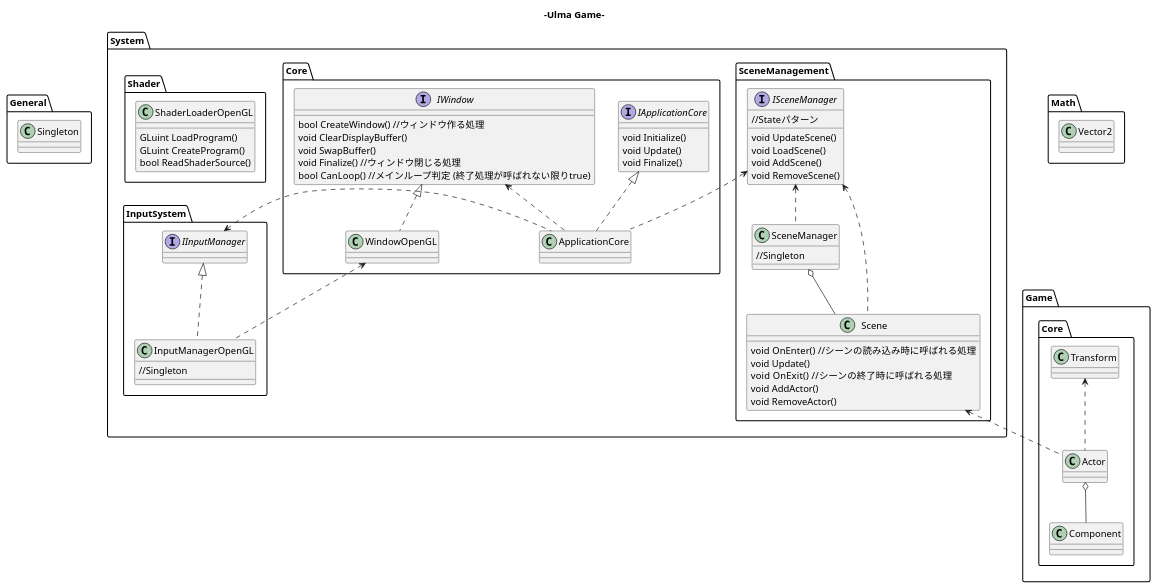
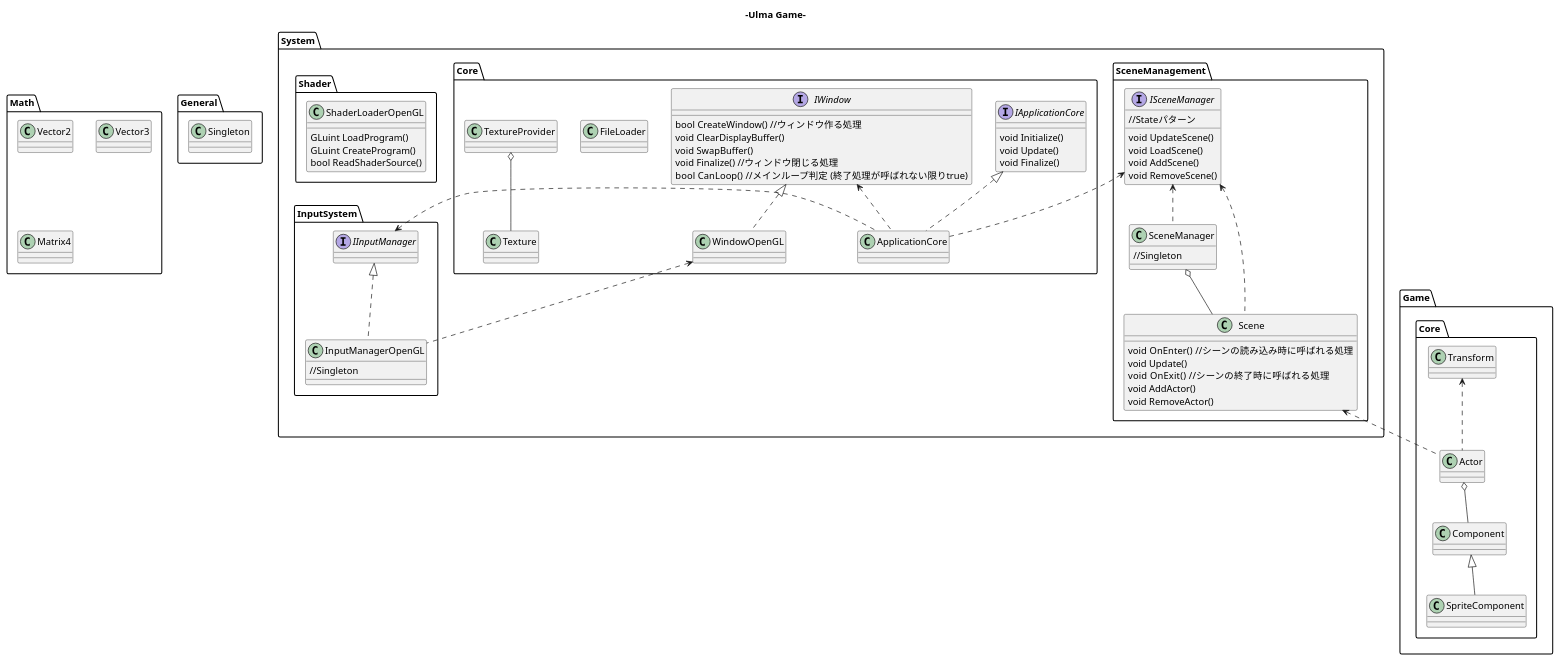
The diagram in Specification/uml/class_diagram.pu (Ulma-S/UlmaGame), drawn with PlantUML before and after one commit. The commit also changed 6 other files, not shown here.

```diff
--- a/Specification/uml/class_diagram.pu
+++ b/Specification/uml/class_diagram.pu
@@ -1,108 +1,129 @@
 @startuml
 title -Ulma Game-
 package General{
     class Singleton{
 
     }
 }
 
 package System{
     package Core{
         interface IWindow{
             bool CreateWindow() //ウィンドウ作る処理
             void ClearDisplayBuffer()
             void SwapBuffer()
             void Finalize() //ウィンドウ閉じる処理
             bool CanLoop()  //メインループ判定 (終了処理が呼ばれない限りtrue)
         }
 
         class WindowOpenGL{
         }
         IWindow <|.. WindowOpenGL
 
         interface IApplicationCore{
             void Initialize()
             void Update()
             void Finalize()
         }
 
         class ApplicationCore{
 
         }
         IApplicationCore <|.. ApplicationCore
         IWindow <.. ApplicationCore
+
+        class FileLoader{}
+
+        class Texture{}
+
+        class TextureProvider{}
+
+        TextureProvider o-- Texture
     }
 
     package SceneManagement{
         interface ISceneManager{
             //Stateパターン
             void UpdateScene()
             void LoadScene()
             void AddScene()
             void RemoveScene()
         }
 
         class SceneManager{
             //Singleton
         }
 
         class Scene{
             void OnEnter()  //シーンの読み込み時に呼ばれる処理
             void Update()
             void OnExit()   //シーンの終了時に呼ばれる処理
             void AddActor()
             void RemoveActor()
         }
         ISceneManager <.. SceneManager
         ISceneManager <.. Scene
         SceneManager o-- Scene
     }
     ISceneManager <.. ApplicationCore
 
     package InputSystem{
         interface IInputManager{
 
         }
 
         class InputManagerOpenGL{
             //Singleton
         }
         IInputManager <|.. InputManagerOpenGL
         WindowOpenGL <.. InputManagerOpenGL
         IInputManager <.. ApplicationCore
     }
 
     package Shader{
         class ShaderLoaderOpenGL{
             GLuint LoadProgram()
             GLuint CreateProgram()
             bool ReadShaderSource()
         }
     }
 }
 
 package Math{
     class Vector2{
 
     }
+
+    class Vector3{
+
+    }
+
+    class Matrix4{
+
+    }
 }
 
 package Game{
     package "Core " {
         class Actor{
 
         }
 
         class Component{
             
         }
 
         class Transform{
 
         }
         Transform <.. Actor
+
+        class SpriteComponent{
+
+        }
+        Component <|-- SpriteComponent
     }
 }
 Scene <.. Actor
 Actor o-- Component
 @enduml
```
